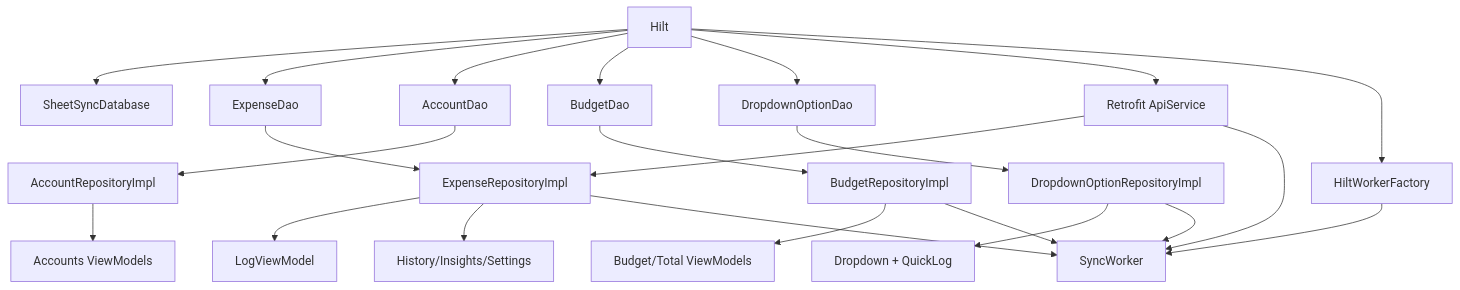
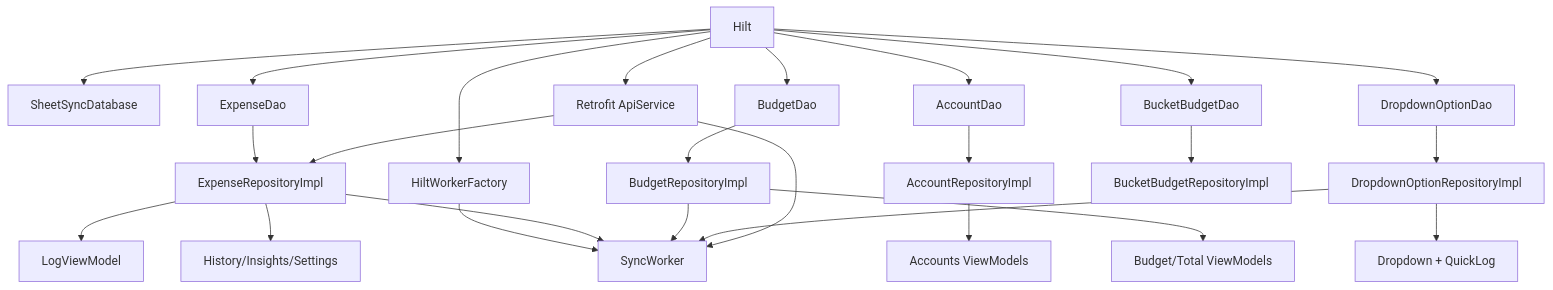
Before and after one commit to issaczerubbabela/L-Edgar: the fifth of 5 diagrams in docs/ARCHITECTURE.md, drawn with Mermaid. The commit also changed other lines of this file and 13 other files, not shown here.

````diff
--- a/docs/ARCHITECTURE.md
+++ b/docs/ARCHITECTURE.md
@@ -240,28 +287,30 @@
 ```mermaid
 graph TD
     H[Hilt] --> DB[SheetSyncDatabase]
     H --> DAO1[ExpenseDao]
     H --> DAO2[AccountDao]
     H --> DAO3[BudgetDao]
     H --> DAO4[DropdownOptionDao]
+    H --> DAO5[BucketBudgetDao]
     H --> NET[Retrofit ApiService]
     H --> WMF[HiltWorkerFactory]
 
     DAO1 --> R1[ExpenseRepositoryImpl]
     DAO2 --> R2[AccountRepositoryImpl]
     DAO3 --> R3[BudgetRepositoryImpl]
     DAO4 --> R4[DropdownOptionRepositoryImpl]
+    DAO5 --> R5[BucketBudgetRepositoryImpl]
     NET --> R1
 
     R1 --> VM1[LogViewModel]
     R1 --> VM2[History/Insights/Settings]
     R2 --> VM3[Accounts ViewModels]
     R3 --> VM4[Budget/Total ViewModels]
     R4 --> VM5[Dropdown + QuickLog]
 
     WMF --> SW[SyncWorker]
     R1 --> SW
     R3 --> SW
     R4 --> SW
     NET --> SW
 ```
````
